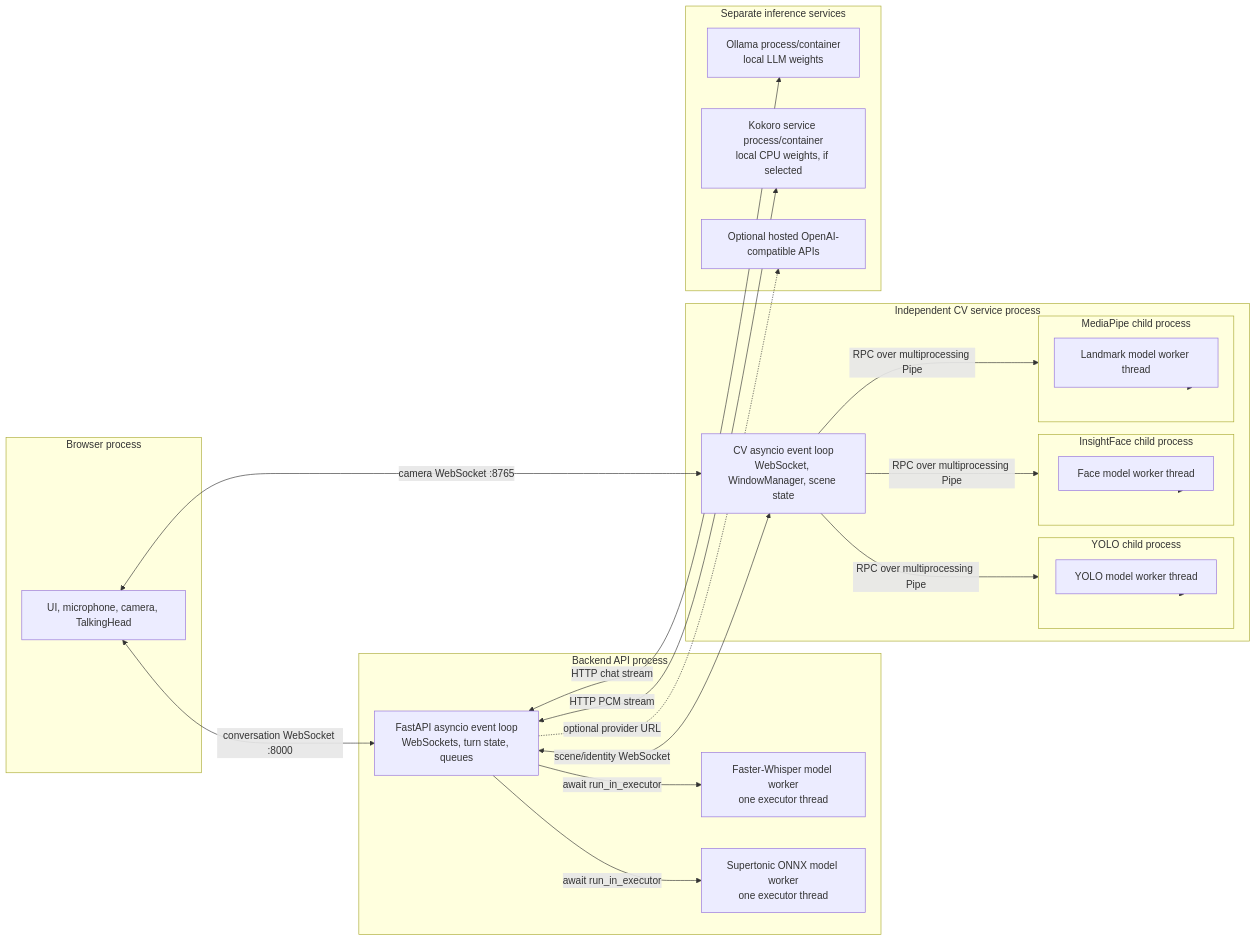
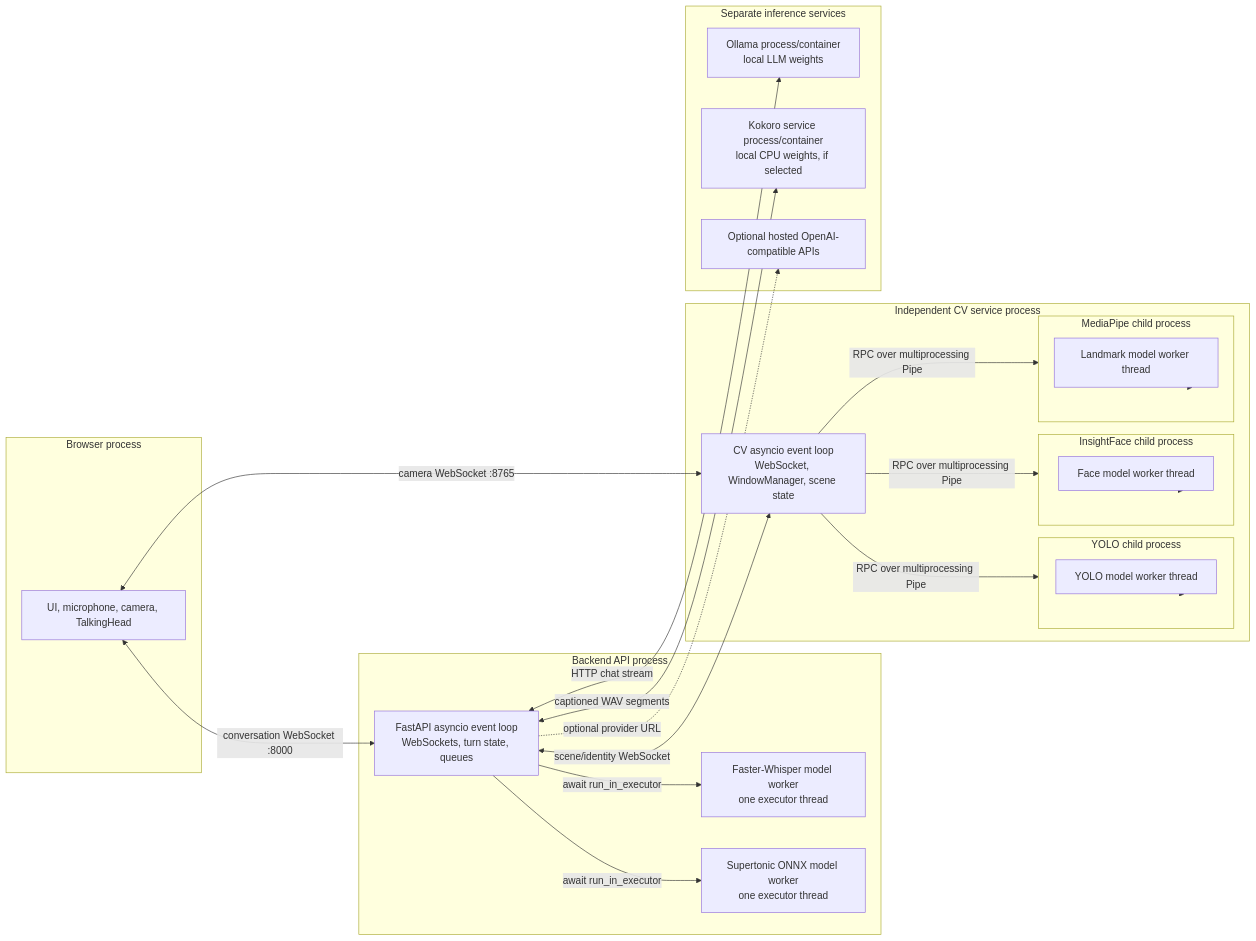
Before and after one commit to Dhanush-S-Gowda/virtual-human: the second of 3 diagrams in Readme.md, drawn with Mermaid. The commit also changed other lines of this file and 32 other files, not shown here.

````diff
--- a/Readme.md
+++ b/Readme.md
@@ -353,46 +414,46 @@
 ```mermaid
 flowchart LR
     subgraph Browser[Browser process]
         UI[UI, microphone, camera, TalkingHead]
     end
 
     subgraph API[Backend API process]
         LOOP["FastAPI asyncio event loop<br/>WebSockets, turn state, queues"]
         STTTHREAD["Faster-Whisper model worker<br/>one executor thread"]
         TTSTHREAD["Supertonic ONNX model worker<br/>one executor thread"]
         LOOP -->|await run_in_executor| STTTHREAD
         LOOP -->|await run_in_executor| TTSTHREAD
     end
 
     subgraph CV[Independent CV service process]
         CVLOOP["CV asyncio event loop<br/>WebSocket, WindowManager, scene state"]
         subgraph OPROC[YOLO child process]
             OTHREAD[YOLO model worker thread]
         end
         subgraph FPROC[InsightFace child process]
             FTHREAD[Face model worker thread]
         end
         subgraph KPROC[MediaPipe child process]
             KTHREAD[Landmark model worker thread]
         end
         CVLOOP -->|RPC over multiprocessing Pipe| OPROC
         CVLOOP -->|RPC over multiprocessing Pipe| FPROC
         CVLOOP -->|RPC over multiprocessing Pipe| KPROC
         OPROC --> OTHREAD
         FPROC --> FTHREAD
         KPROC --> KTHREAD
     end
 
     subgraph Services[Separate inference services]
         OLLAMA[Ollama process/container\nlocal LLM weights]
         KOKORO[Kokoro service process/container\nlocal CPU weights, if selected]
         HOSTED[Optional hosted OpenAI-compatible APIs]
     end
 
     UI <-->|conversation WebSocket :8000| LOOP
     UI <-->|camera WebSocket :8765| CVLOOP
     LOOP <-->|scene/identity WebSocket| CVLOOP
     LOOP <-->|HTTP chat stream| OLLAMA
-    LOOP <-->|HTTP PCM stream| KOKORO
+    LOOP <-->|captioned WAV segments| KOKORO
     LOOP -. optional provider URL .-> HOSTED
 ```
````
